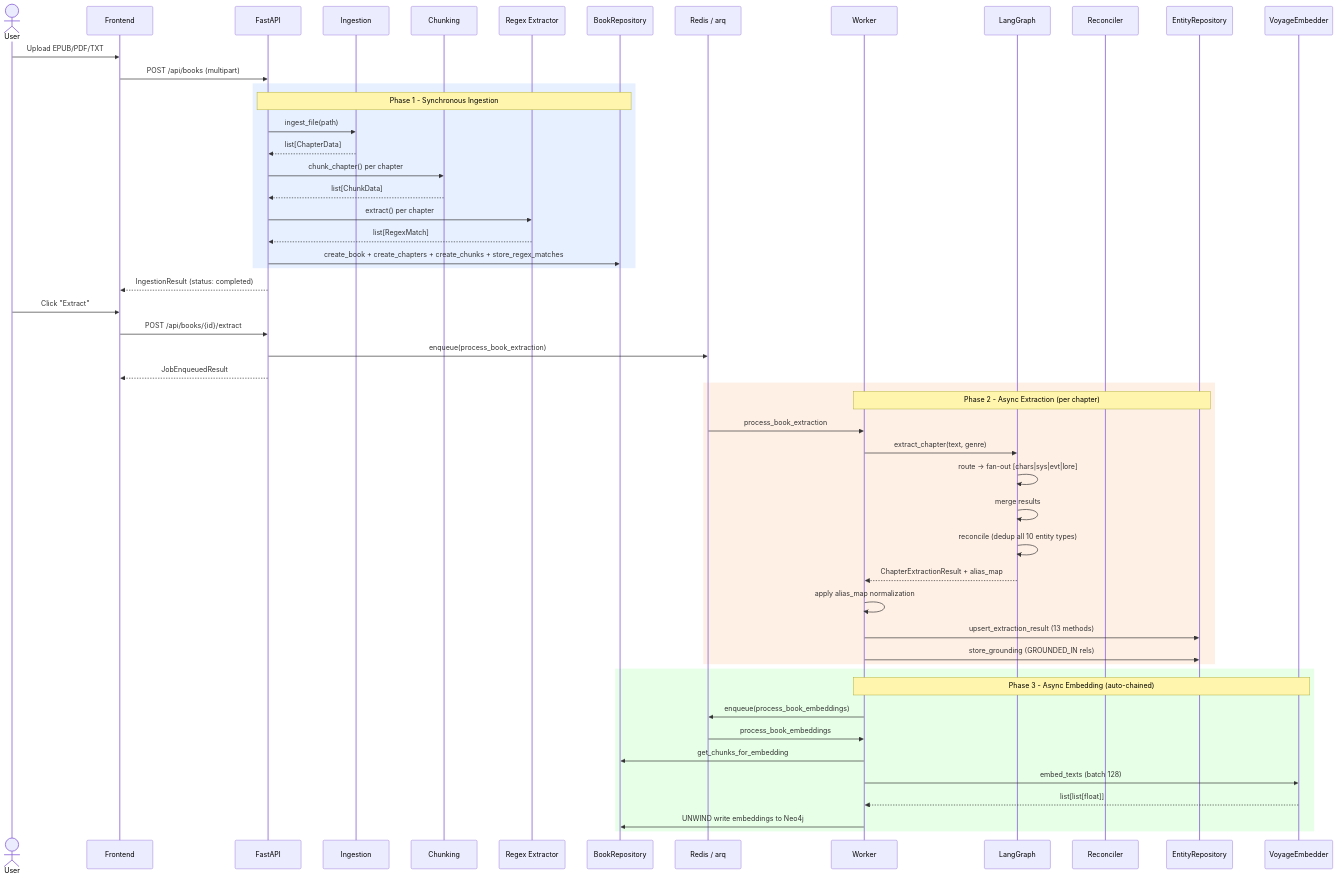
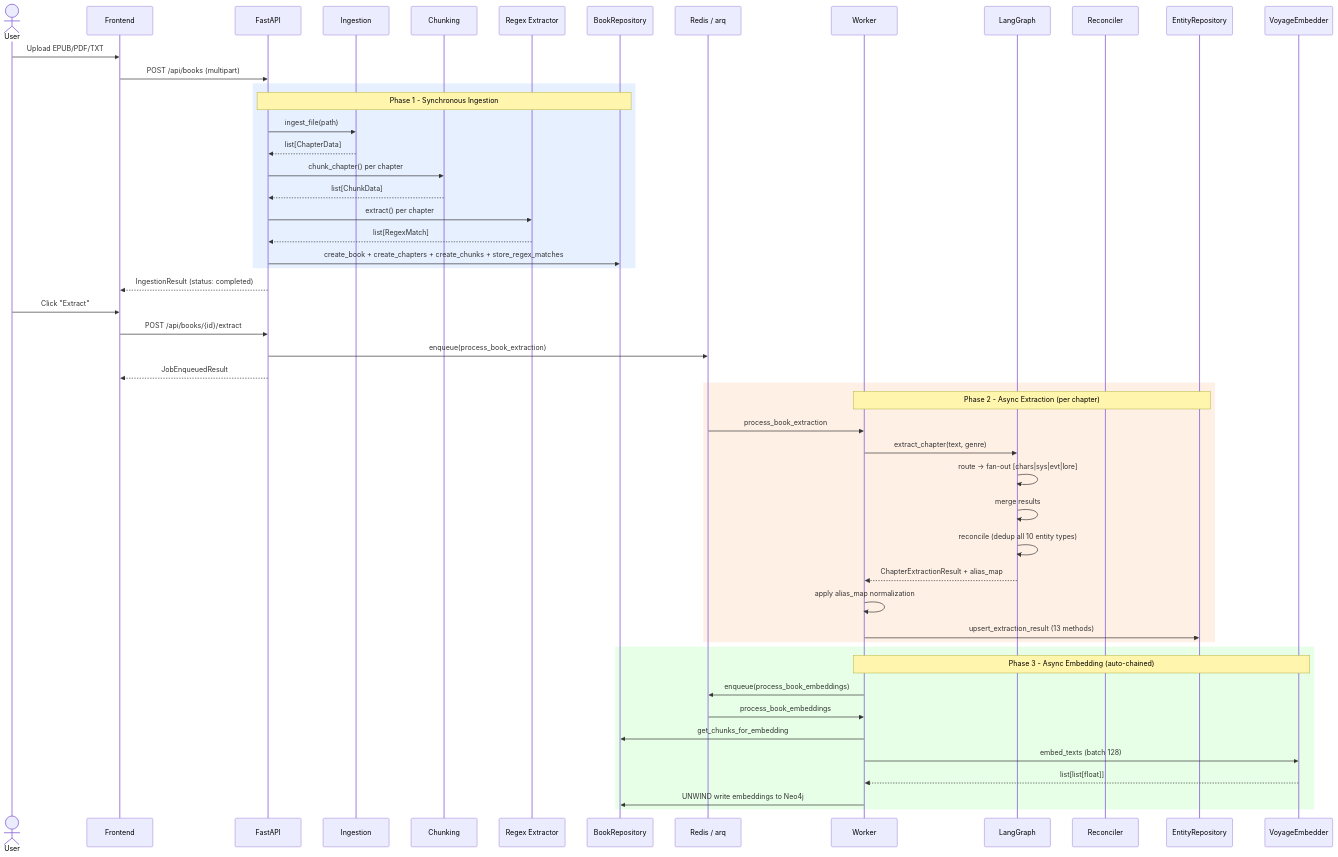
One commit to xairon/WorldRAG changed the third of 7 diagrams in docs/architecture.md. Above: the diagram before and after it, drawn with Mermaid. The commit also changed other lines of this file and 65 other files, not shown here.

First line of the commit message:
refactor: remove Graphiti, saga profiles, and 7.5K lines of dead code

````diff
--- a/docs/architecture.md
+++ b/docs/architecture.md
@@ -80,60 +80,59 @@
 ```mermaid
 sequenceDiagram
     actor User
     participant FE as Frontend
     participant API as FastAPI
     participant Ing as Ingestion
     participant Chk as Chunking
     participant Rgx as Regex Extractor
     participant Repo as BookRepository
     participant Q as Redis / arq
     participant W as Worker
     participant LG as LangGraph
     participant Rec as Reconciler
     participant ER as EntityRepository
     participant Emb as VoyageEmbedder
 
     User->>FE: Upload EPUB/PDF/TXT
     FE->>API: POST /api/books (multipart)
 
     rect rgb(230, 240, 255)
         Note over API,Repo: Phase 1 - Synchronous Ingestion
         API->>Ing: ingest_file(path)
         Ing-->>API: list[ChapterData]
         API->>Chk: chunk_chapter() per chapter
         Chk-->>API: list[ChunkData]
         API->>Rgx: extract() per chapter
         Rgx-->>API: list[RegexMatch]
         API->>Repo: create_book + create_chapters + create_chunks + store_regex_matches
     end
 
     API-->>FE: IngestionResult (status: completed)
 
     User->>FE: Click "Extract"
     FE->>API: POST /api/books/{id}/extract
     API->>Q: enqueue(process_book_extraction)
     API-->>FE: JobEnqueuedResult
 
     rect rgb(255, 240, 230)
         Note over W,ER: Phase 2 - Async Extraction (per chapter)
         Q->>W: process_book_extraction
         W->>LG: extract_chapter(text, genre)
         LG->>LG: route -> fan-out [chars|sys|evt|lore]
         LG->>LG: merge results
         LG->>LG: reconcile (dedup all 10 entity types)
         LG-->>W: ChapterExtractionResult + alias_map
         W->>W: apply alias_map normalization
         W->>ER: upsert_extraction_result (13 methods)
-        W->>ER: store_grounding (GROUNDED_IN rels)
     end
 
     rect rgb(230, 255, 230)
         Note over W,Emb: Phase 3 - Async Embedding (auto-chained)
         W->>Q: enqueue(process_book_embeddings)
         Q->>W: process_book_embeddings
         W->>Repo: get_chunks_for_embedding
         W->>Emb: embed_texts (batch 128)
         Emb-->>W: list[list[float]]
         W->>Repo: UNWIND write embeddings to Neo4j
     end
 ```
````
